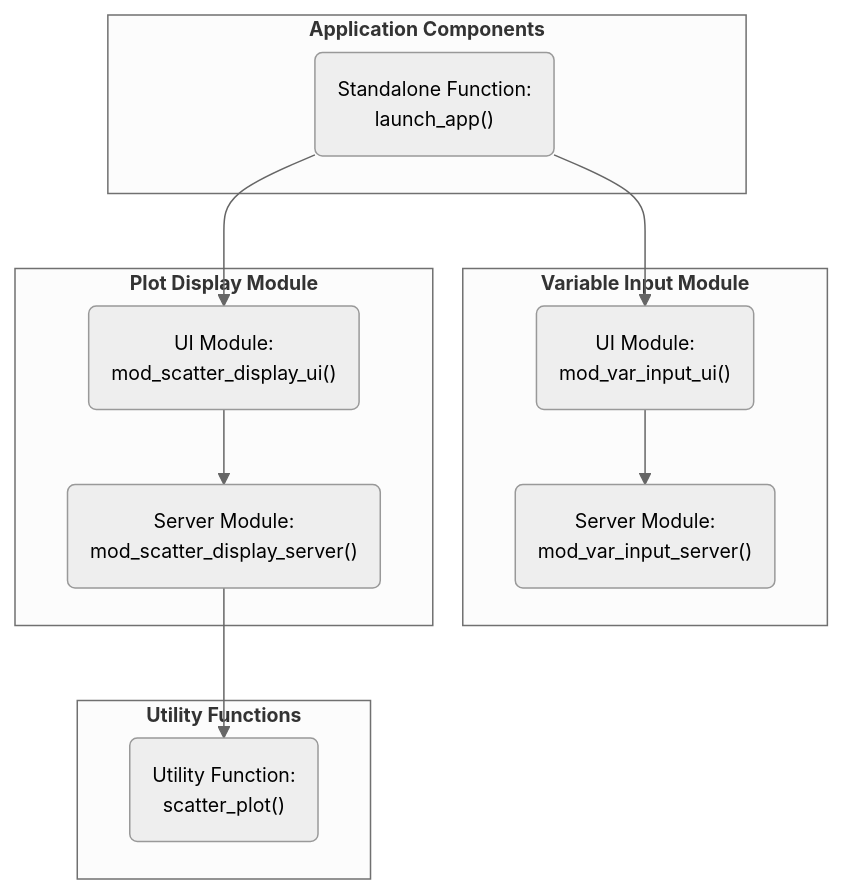
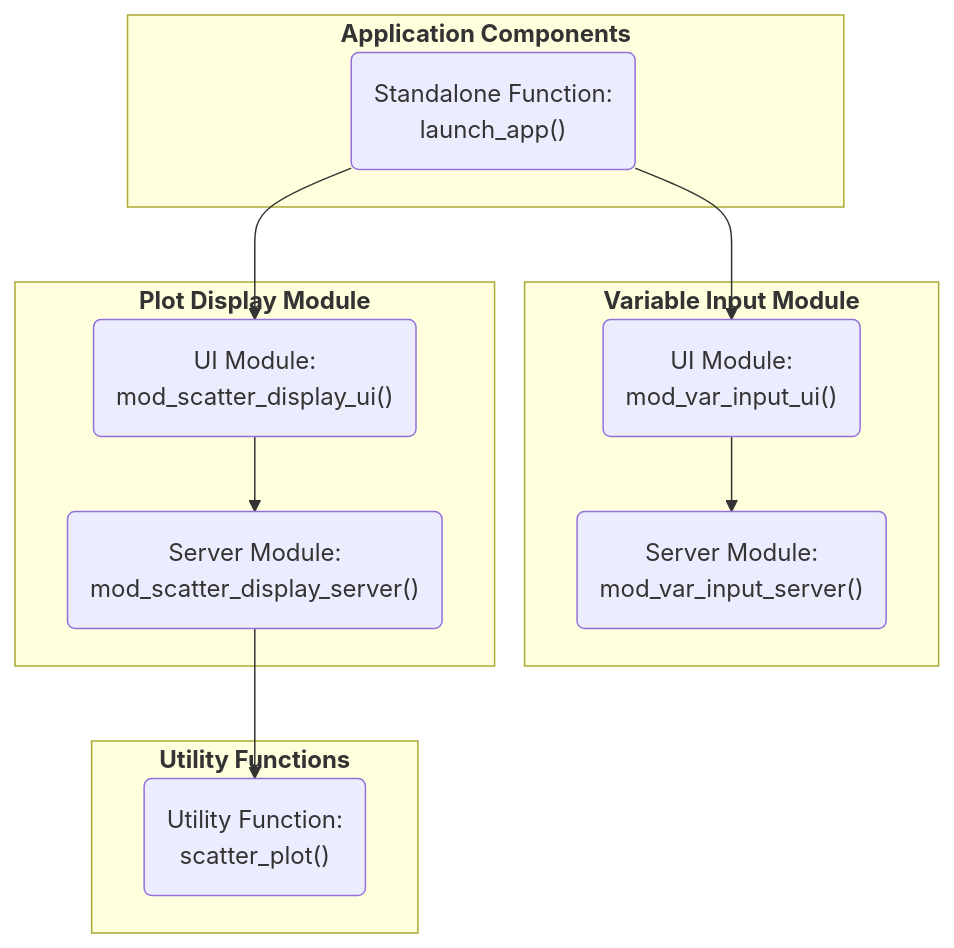
The fourth of 5 diagrams in document.qmd (mjfrigaard/shiny-app-pkgs), drawn with Mermaid before and after one commit. The commit also changed other lines of this file and 7 other files, not shown here.

````diff
--- a/document.qmd
+++ b/document.qmd
@@ -637,23 +636,23 @@
 ```{mermaid}
-%%| fig-cap: 'The `@family` tag'
+%%| fig-cap: ‘The `@family` tag’
 %%| fig-align: center
-%%{init: {'theme': 'neutral', 'themeVariables': { 'fontFamily': 'monospace', "fontSize":"13px"}}}%%
+%%{init: {‘theme’: ‘neutral’, ‘themeVariables’: { ‘fontFamily’: ‘monospace’, "fontSize":"13px"}}}%%
 flowchart TD
     subgraph AppCom["<strong>Application Components</strong>"]
         launch_app("Standalone Function:<br>launch_app()")
     end
     subgraph Vars["<strong>Variable Input Module</strong>"]
         mod_var_input_ui("UI Module:<br>mod_var_input_ui()")
         mod_var_input_server("Server Module:<br>mod_var_input_server()")
     end
     subgraph Graph["<strong>Plot Display Module</strong>"]
         mod_scatter_display_ui("UI Module:<br>mod_scatter_display_ui()")
         mod_scatter_display_server("Server Module:<br>mod_scatter_display_server()")
     end
     subgraph Utils["<strong>Utility Functions</strong>"]
         scatter_plot("Utility Function:<br>scatter_plot()")
     end
 
     launch_app --> mod_var_input_ui --> mod_var_input_server
     launch_app --> mod_scatter_display_ui --> mod_scatter_display_server --> scatter_plot
 ```
````
